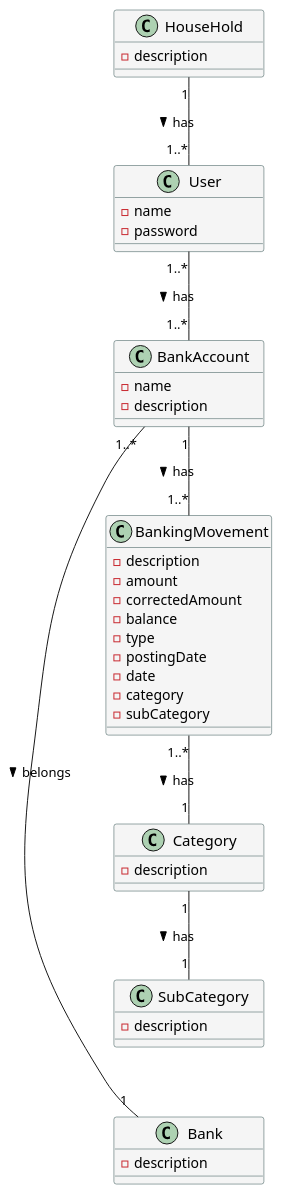
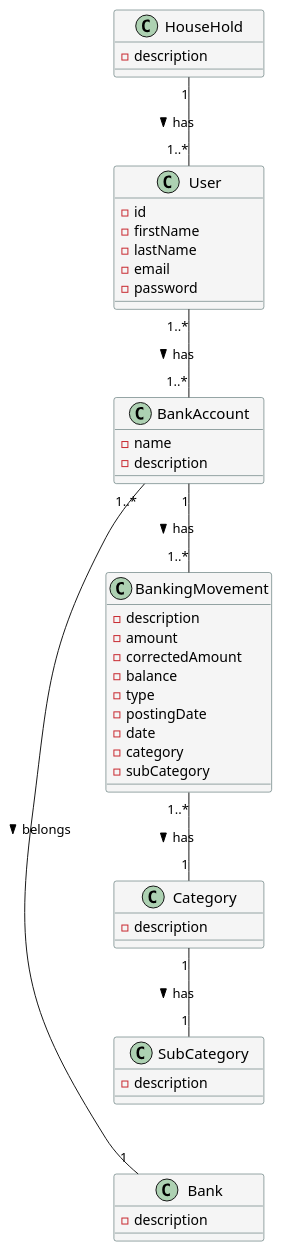
Before and after one commit to jorgecardoso220/FinanceManager: the diagram in docs/Domain.puml, drawn with PlantUML. The commit also changed 115 other files, not shown here.

```diff
--- a/docs/Domain.puml
+++ b/docs/Domain.puml
@@ -1,73 +1,76 @@
 @startuml Domain Model
 
 left to right direction
 
 skinparam classAttributeIconSize 10
 skinparam minClassWidth 150
 skinparam classHeaderBackgroundColor LightGray
 skinparam classBackgroundColor WhiteSmoke
 skinparam classBorderColor DarkSlateGray
 skinparam classFontColor automatic
 skinparam classFontSize 15
 skinparam classFontName Corbel
 skinparam nodesep 70
 skinparam ranksep 70
 
 class User
 {
-	-name
+	-id
+	-firstName
+	-lastName
+	-email
 	-password
 }
 
 class HouseHold 
 {
 	-description
 }
 
 class BankAccount
 {
 	-name
 	-description
 }
 
 class Bank
 {
 	-description
 }
 
 class BankingMovement
 {
 	-description
 	-amount
 	-correctedAmount
 	-balance
 	-type
 	-postingDate
 	-date
 	-category
 	-subCategory
 }
 
 class Category
 {
 	-description
 }
 
 class SubCategory
 {
 	-description
 }
 
 
 HouseHold "1" - "1..*" User : has >
 
 User "1..*" - "1..*" BankAccount : has >
 
 BankAccount "1..*" - "1" Bank : belongs >
 BankAccount "1" - "1..*" BankingMovement : has >
 
 BankingMovement "1..*" - "1" Category : has >
 
 Category "1" - "1" SubCategory : has >
 
 @enduml
```
